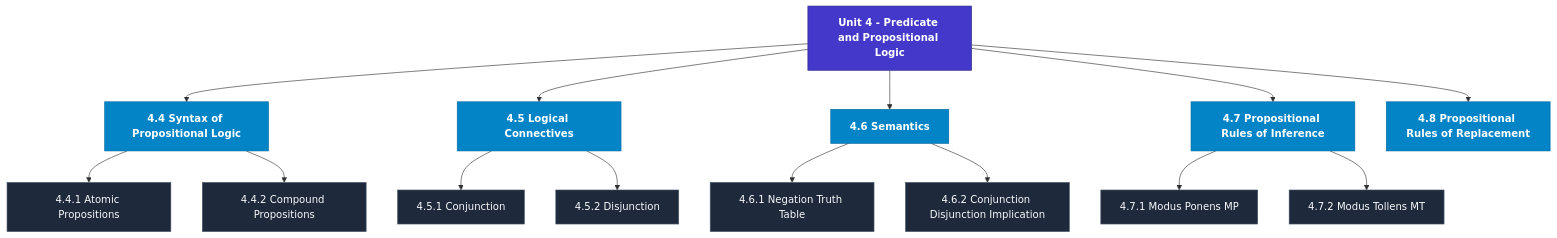
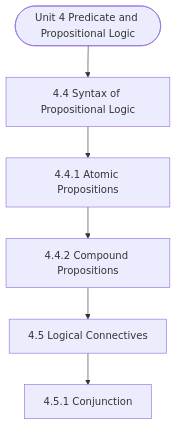
The diagram in notes/Semester_2/MCS-224_Artificial_Intelligence_&_Machine_Learning/unit_04_Predicate_and_Propositional_Logic.md (Asutosh-Coaching/mscdsa), drawn with Mermaid before and after one commit. The commit also changed other lines of this file and 115 other files, not shown here.

Commit message:
Fix Mermaid layout for mobile, isolate LaTeX delimiters, and add GitHub Pages reader

````diff
--- a/notes/Semester_2/MCS-224_Artificial_Intelligence_&_Machine_Learning/unit_04_Predicate_and_Propositional_Logic.md
+++ b/notes/Semester_2/MCS-224_Artificial_Intelligence_&_Machine_Learning/unit_04_Predicate_and_Propositional_Logic.md
@@ -19,35 +19,14 @@
 ```mermaid
 flowchart TD
-  %% Styling Definitions
-  classDef head fill:#4338ca,stroke:#312e81,color:#ffffff,font-weight:bold;
-  classDef topic fill:#0284c7,stroke:#0369a1,color:#ffffff,font-weight:600;
-  classDef sub fill:#1e293b,stroke:#475569,color:#f8fafc;
-
-  Root["Unit 4 - Predicate and Propositional Logic"]:::head
-  M1["4.4 Syntax of Propositional Logic"]:::topic
-  Root --> M1
-  M1_1["4.4.1 Atomic Propositions"]:::sub
-  M1 --> M1_1
-  M1_2["4.4.2 Compound Propositions"]:::sub
-  M1 --> M1_2
-  M2["4.5 Logical Connectives"]:::topic
-  Root --> M2
-  M2_1["4.5.1 Conjunction"]:::sub
-  M2 --> M2_1
-  M2_2["4.5.2 Disjunction"]:::sub
-  M2 --> M2_2
-  M3["4.6 Semantics"]:::topic
-  Root --> M3
-  M3_1["4.6.1 Negation Truth Table"]:::sub
-  M3 --> M3_1
-  M3_2["4.6.2 Conjunction Disjunction Implication "]:::sub
-  M3 --> M3_2
-  M4["4.7 Propositional Rules of Inference"]:::topic
-  Root --> M4
-  M4_1["4.7.1 Modus Ponens MP"]:::sub
-  M4 --> M4_1
-  M4_2["4.7.2 Modus Tollens MT"]:::sub
-  M4 --> M4_2
-  M5["4.8 Propositional Rules of Replacement"]:::topic
-  Root --> M5
+  Start(["Unit 4 Predicate and Propositional Logic"])
+  N1["4.4 Syntax of Propositional Logic"]
+  N2["4.4.1 Atomic Propositions"]
+  N3["4.4.2 Compound Propositions"]
+  N4["4.5 Logical Connectives"]
+  N5["4.5.1 Conjunction"]
+  Start --> N1
+  N1 --> N2
+  N2 --> N3
+  N3 --> N4
+  N4 --> N5
 ```
````
